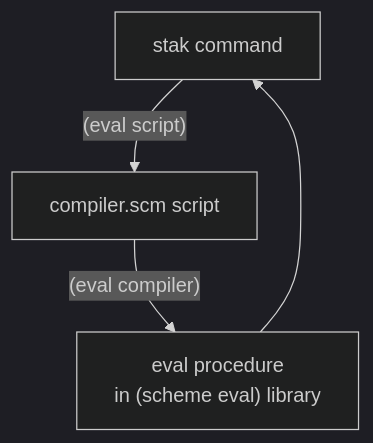
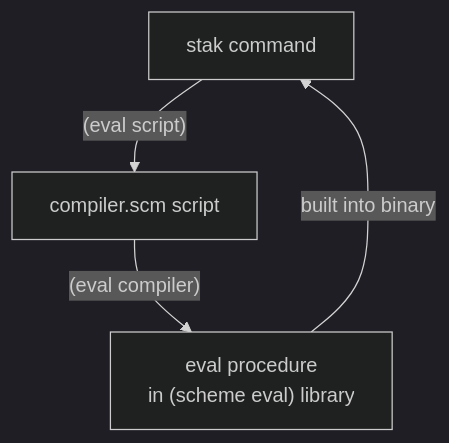
The diagram in posts/stak/inception.md (raviqqe/doc), drawn with Mermaid (dark theme) before and after one commit.

````diff
--- a/posts/stak/inception.md
+++ b/posts/stak/inception.md
@@ -151,6 +151,6 @@
 ```mermaid
 graph TD
     A[stak command] -->|"(eval script)"| B
     B[compiler.scm script] -->|"(eval compiler)"| C
-    C["eval procedure<br/>in (scheme eval) library"] --> A
+    C["eval procedure<br/>in (scheme eval) library"] -->|built into binary| A
 ```
````
